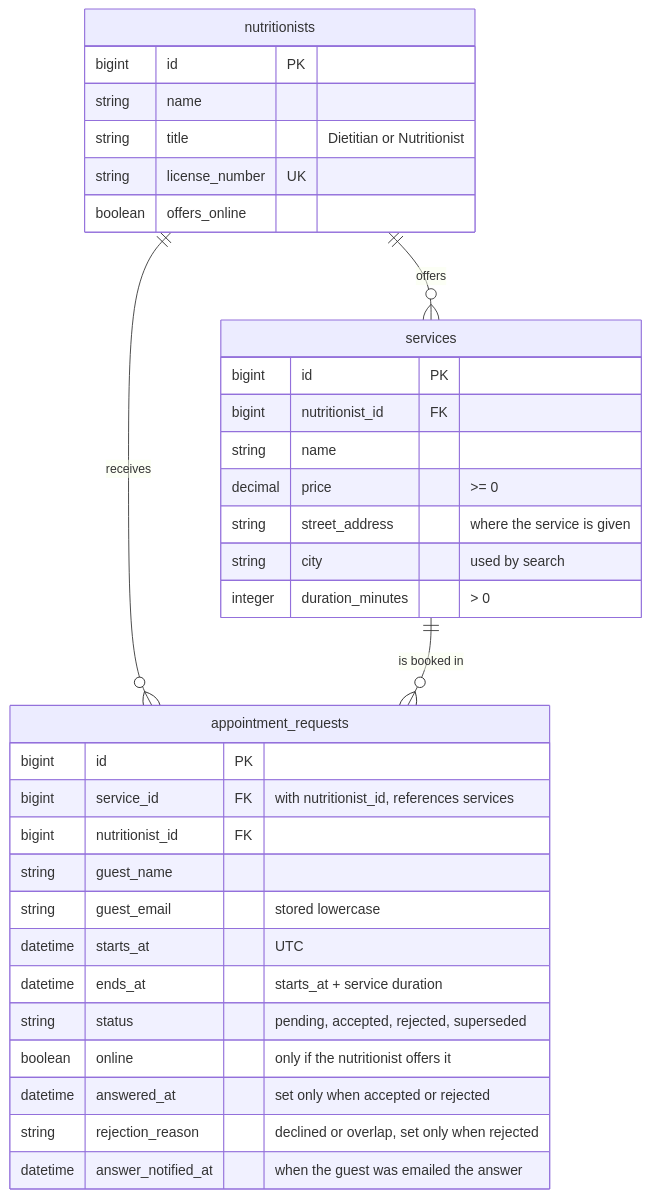
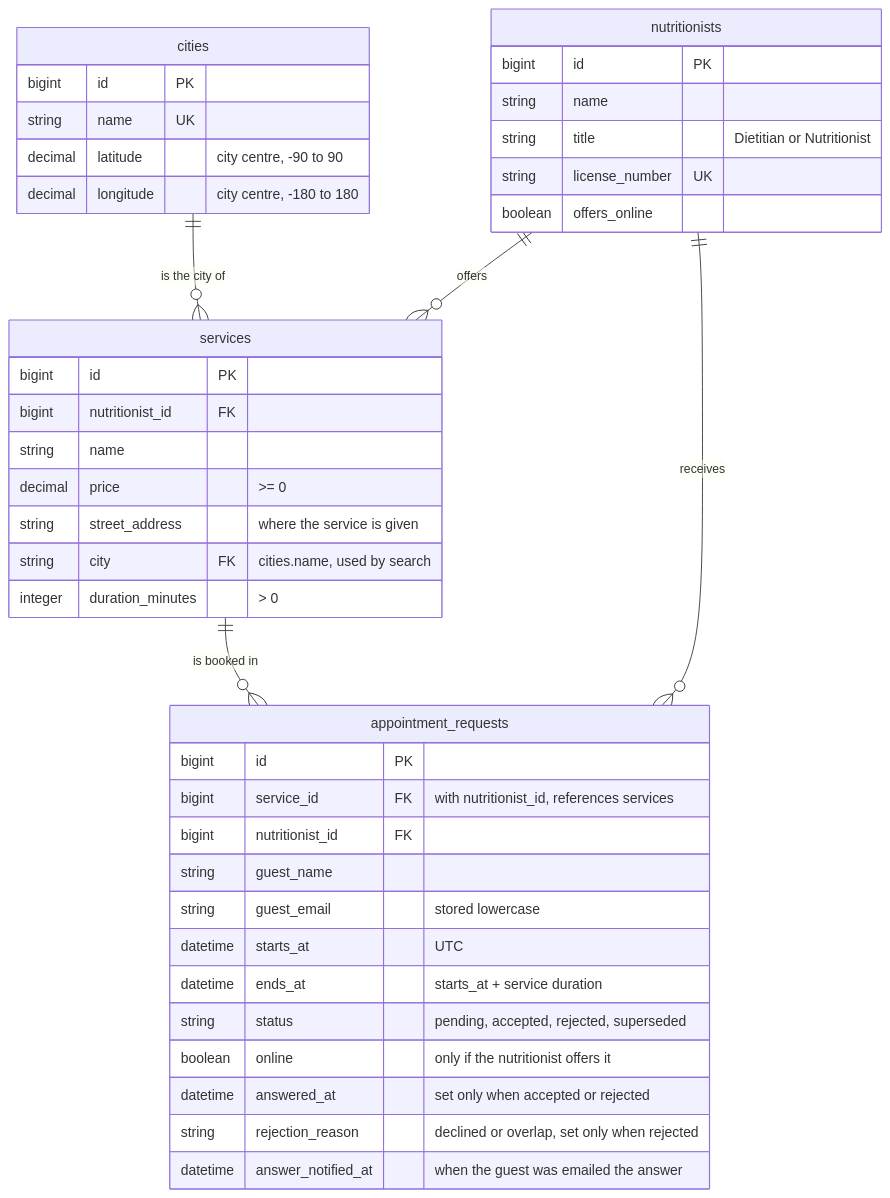
The diagram in README.md (rgllm/NutriBook), drawn with Mermaid before and after one commit. The commit also changed other lines of this file and 21 other files, not shown here.

````diff
--- a/README.md
+++ b/README.md
@@ -103,39 +103,47 @@
 ```mermaid
 erDiagram
+    cities ||--o{ services : "is the city of"
     nutritionists ||--o{ services : offers
     nutritionists ||--o{ appointment_requests : receives
     services ||--o{ appointment_requests : "is booked in"
 
     nutritionists {
         bigint id PK
         string name
         string title "Dietitian or Nutritionist"
         string license_number UK
         boolean offers_online
     }
 
+    cities {
+        bigint id PK
+        string name UK
+        decimal latitude "city centre, -90 to 90"
+        decimal longitude "city centre, -180 to 180"
+    }
+
     services {
         bigint id PK
         bigint nutritionist_id FK
         string name
         decimal price ">= 0"
         string street_address "where the service is given"
-        string city "used by search"
+        string city FK "cities.name, used by search"
         integer duration_minutes "> 0"
     }
 
     appointment_requests {
         bigint id PK
         bigint service_id FK "with nutritionist_id, references services"
         bigint nutritionist_id FK
         string guest_name
         string guest_email "stored lowercase"
         datetime starts_at "UTC"
         datetime ends_at "starts_at + service duration"
         string status "pending, accepted, rejected, superseded"
         boolean online "only if the nutritionist offers it"
         datetime answered_at "set only when accepted or rejected"
         string rejection_reason "declined or overlap, set only when rejected"
         datetime answer_notified_at "when the guest was emailed the answer"
     }
 ```
````
